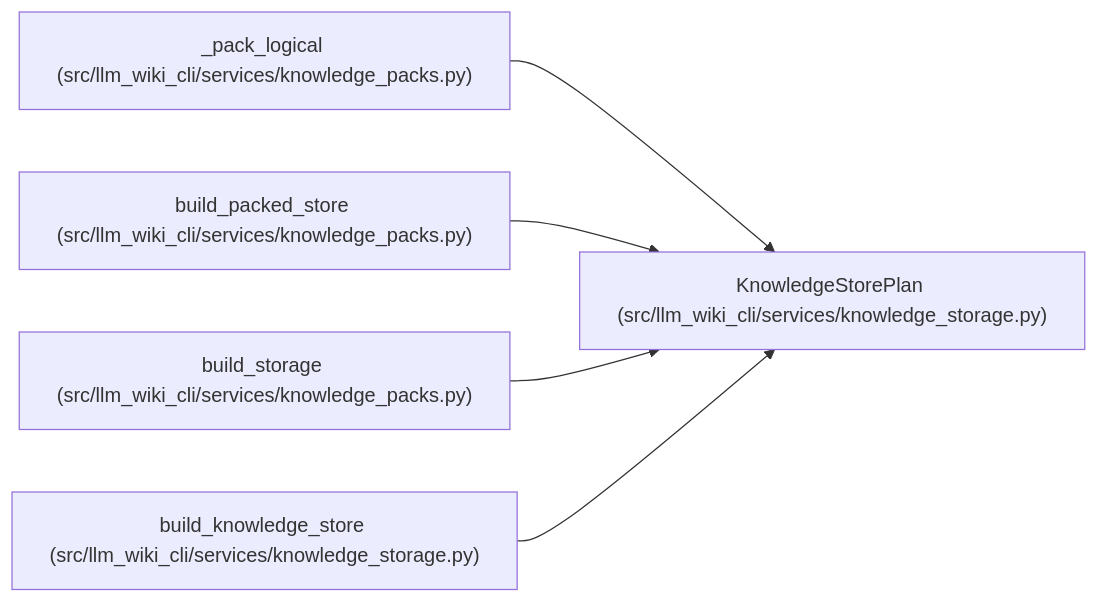
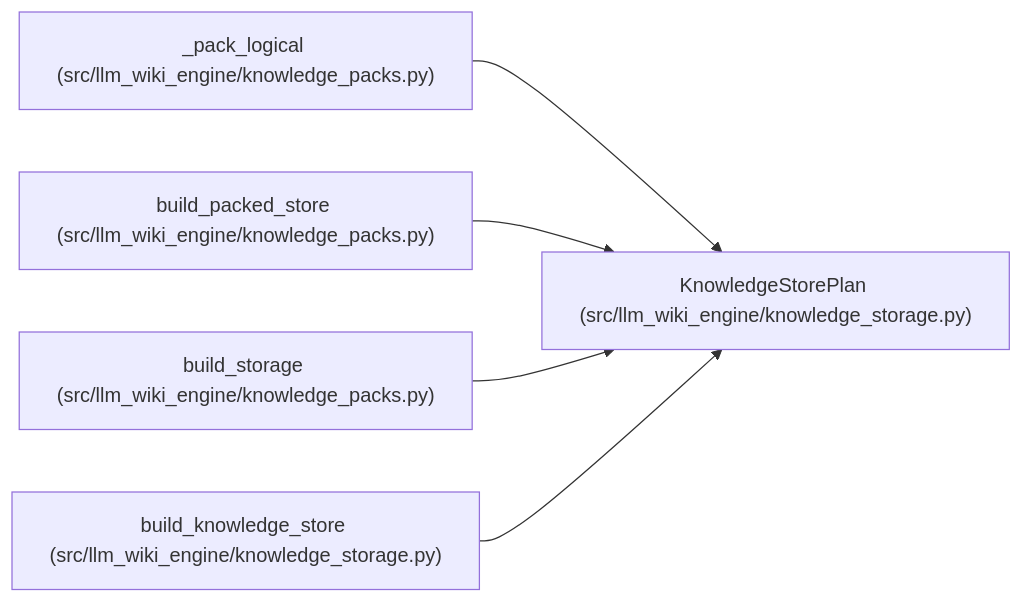
The diagram in docs/llm_wiki/entities/KnowledgeStorePlan.md (Denissvgn/python-wiki-llm), drawn with Mermaid before and after one commit. The commit also changed other lines of this file and 1058 other files, not shown here.

First line of the commit message:
docs: refresh the wiki for the knowledge store move

````diff
--- a/docs/llm_wiki/entities/KnowledgeStorePlan.md
+++ b/docs/llm_wiki/entities/KnowledgeStorePlan.md
@@ -30,17 +30,17 @@
 ```mermaid
 flowchart LR
-    n0["KnowledgeStorePlan (src/llm_wiki_cli/services/knowledge_storage.py)"]
-    n1["_pack_logical (src/llm_wiki_cli/services/knowledge_packs.py)"]
-    n2["build_packed_store (src/llm_wiki_cli/services/knowledge_packs.py)"]
-    n3["build_storage (src/llm_wiki_cli/services/knowledge_packs.py)"]
-    n4["build_knowledge_store (src/llm_wiki_cli/services/knowledge_storage.py)"]
+    n0["KnowledgeStorePlan (src/llm_wiki_engine/knowledge_storage.py)"]
+    n1["_pack_logical (src/llm_wiki_engine/knowledge_packs.py)"]
+    n2["build_packed_store (src/llm_wiki_engine/knowledge_packs.py)"]
+    n3["build_storage (src/llm_wiki_engine/knowledge_packs.py)"]
+    n4["build_knowledge_store (src/llm_wiki_engine/knowledge_storage.py)"]
     n1 --> n0
     n2 --> n0
     n3 --> n0
     n4 --> n0
     click n0 "../modules/knowledge_storage.md"
     click n1 "../modules/knowledge_packs.md"
     click n2 "../modules/knowledge_packs.md"
     click n3 "../modules/knowledge_packs.md"
     click n4 "../modules/knowledge_storage.md"
 ```
````
